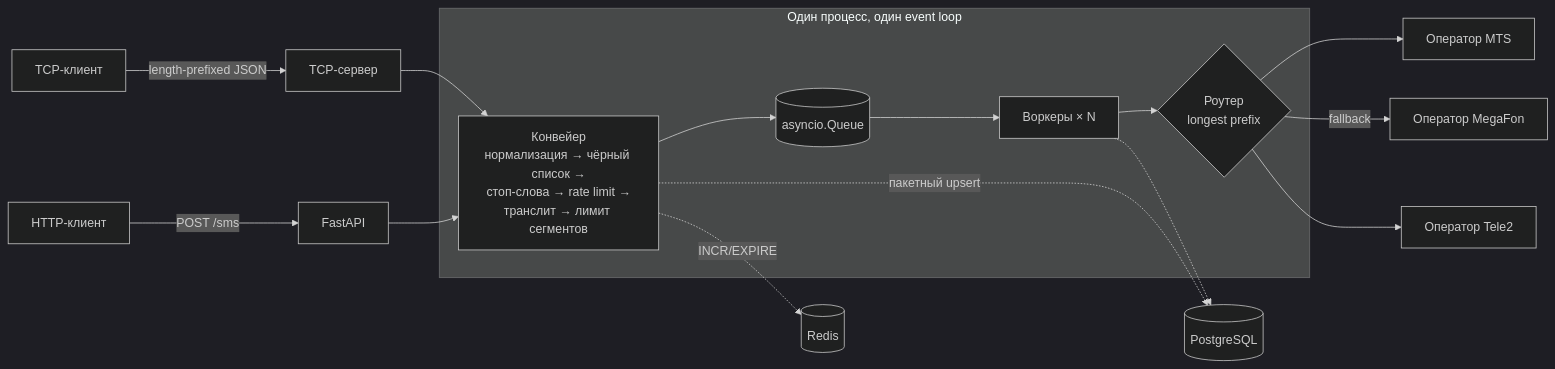
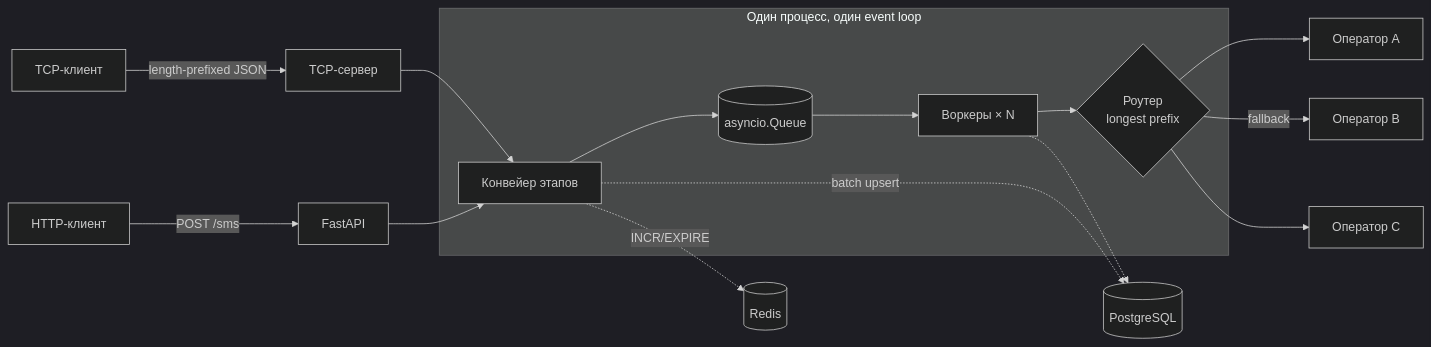
One commit to semashkoed/sms-gateway changed the diagram in README.md. Above: the diagram before and after it, drawn with Mermaid (dark theme). The commit also changed other lines of this file, not shown here.

````diff
--- a/README.md
+++ b/README.md
@@ -57,18 +64,18 @@
 ```mermaid
 flowchart LR
     C1[HTTP-клиент] -->|POST /sms| API[FastAPI]
     C2[TCP-клиент] -->|length-prefixed JSON| TCP[TCP-сервер]
     API --> P
     TCP --> P
     subgraph Шлюз [Один процесс, один event loop]
-      P[Конвейер<br/>нормализация → чёрный список →<br/>стоп-слова → rate limit →<br/>транслит → лимит сегментов] --> Q[(asyncio.Queue)]
+      P[Конвейер этапов] --> Q[(asyncio.Queue)]
       Q --> W[Воркеры × N]
       W --> R{Роутер<br/>longest prefix}
     end
     P -.->|INCR/EXPIRE| Redis[(Redis)]
-    P -.->|пакетный upsert| PG[(PostgreSQL)]
+    P -.->|batch upsert| PG[(PostgreSQL)]
     W -.-> PG
-    R --> O1[Оператор MTS]
-    R -->|fallback| O2[Оператор MegaFon]
-    R --> O3[Оператор Tele2]
+    R --> O1[Оператор A]
+    R -->|fallback| O2[Оператор B]
+    R --> O3[Оператор C]
 ```
````
